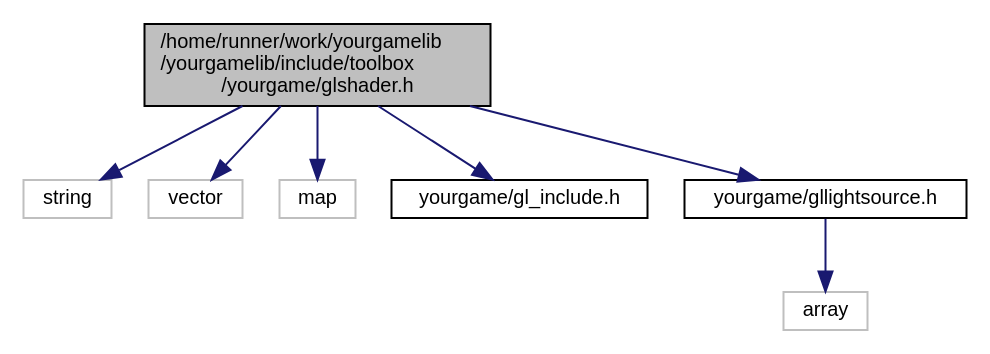
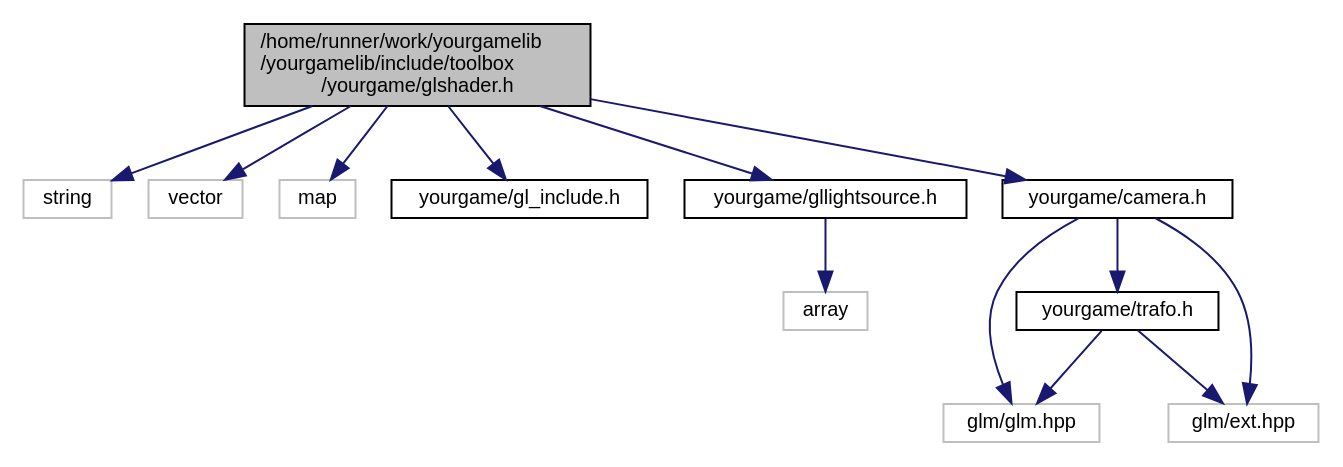
The diagram in glshader_8h__incl.dot (duddel/yourgamelib), drawn with Graphviz before and after one commit. The commit also changed 70 other files, not shown here.

```diff
--- a/glshader_8h__incl.dot
+++ b/glshader_8h__incl.dot
@@ -1,18 +1,28 @@
 digraph "/home/runner/work/yourgamelib/yourgamelib/include/toolbox/yourgame/glshader.h"
 {
   edge [fontname="Helvetica",fontsize="10",labelfontname="Helvetica",labelfontsize="10"];
   node [fontname="Helvetica",fontsize="10",shape=record];
   Node0 [label="/home/runner/work/yourgamelib\l/yourgamelib/include/toolbox\l/yourgame/glshader.h",height=0.2,width=0.4,color="black", fillcolor="grey75", style="filled", fontcolor="black"];
   Node0 -> Node1 [color="midnightblue",fontsize="10",style="solid",fontname="Helvetica"];
   Node1 [label="string",height=0.2,width=0.4,color="grey75", fillcolor="white", style="filled"];
   Node0 -> Node2 [color="midnightblue",fontsize="10",style="solid",fontname="Helvetica"];
   Node2 [label="vector",height=0.2,width=0.4,color="grey75", fillcolor="white", style="filled"];
   Node0 -> Node3 [color="midnightblue",fontsize="10",style="solid",fontname="Helvetica"];
   Node3 [label="map",height=0.2,width=0.4,color="grey75", fillcolor="white", style="filled"];
   Node0 -> Node4 [color="midnightblue",fontsize="10",style="solid",fontname="Helvetica"];
   Node4 [label="yourgame/gl_include.h",height=0.2,width=0.4,color="black", fillcolor="white", style="filled",URL="$gl__include_8h.html"];
   Node0 -> Node5 [color="midnightblue",fontsize="10",style="solid",fontname="Helvetica"];
   Node5 [label="yourgame/gllightsource.h",height=0.2,width=0.4,color="black", fillcolor="white", style="filled",URL="$gllightsource_8h.html"];
   Node5 -> Node6 [color="midnightblue",fontsize="10",style="solid",fontname="Helvetica"];
   Node6 [label="array",height=0.2,width=0.4,color="grey75", fillcolor="white", style="filled"];
+  Node0 -> Node7 [color="midnightblue",fontsize="10",style="solid",fontname="Helvetica"];
+  Node7 [label="yourgame/camera.h",height=0.2,width=0.4,color="black", fillcolor="white", style="filled",URL="$camera_8h.html"];
+  Node7 -> Node8 [color="midnightblue",fontsize="10",style="solid",fontname="Helvetica"];
+  Node8 [label="glm/glm.hpp",height=0.2,width=0.4,color="grey75", fillcolor="white", style="filled"];
+  Node7 -> Node9 [color="midnightblue",fontsize="10",style="solid",fontname="Helvetica"];
+  Node9 [label="glm/ext.hpp",height=0.2,width=0.4,color="grey75", fillcolor="white", style="filled"];
+  Node7 -> Node10 [color="midnightblue",fontsize="10",style="solid",fontname="Helvetica"];
+  Node10 [label="yourgame/trafo.h",height=0.2,width=0.4,color="black", fillcolor="white", style="filled",URL="$trafo_8h.html"];
+  Node10 -> Node8 [color="midnightblue",fontsize="10",style="solid",fontname="Helvetica"];
+  Node10 -> Node9 [color="midnightblue",fontsize="10",style="solid",fontname="Helvetica"];
 }
```
